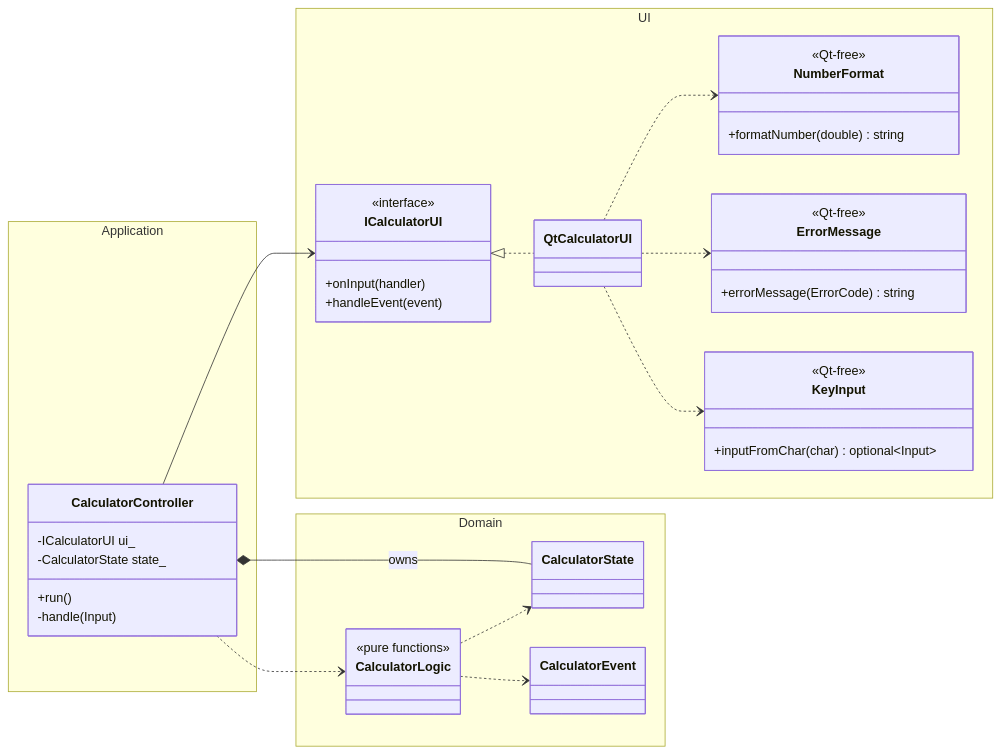
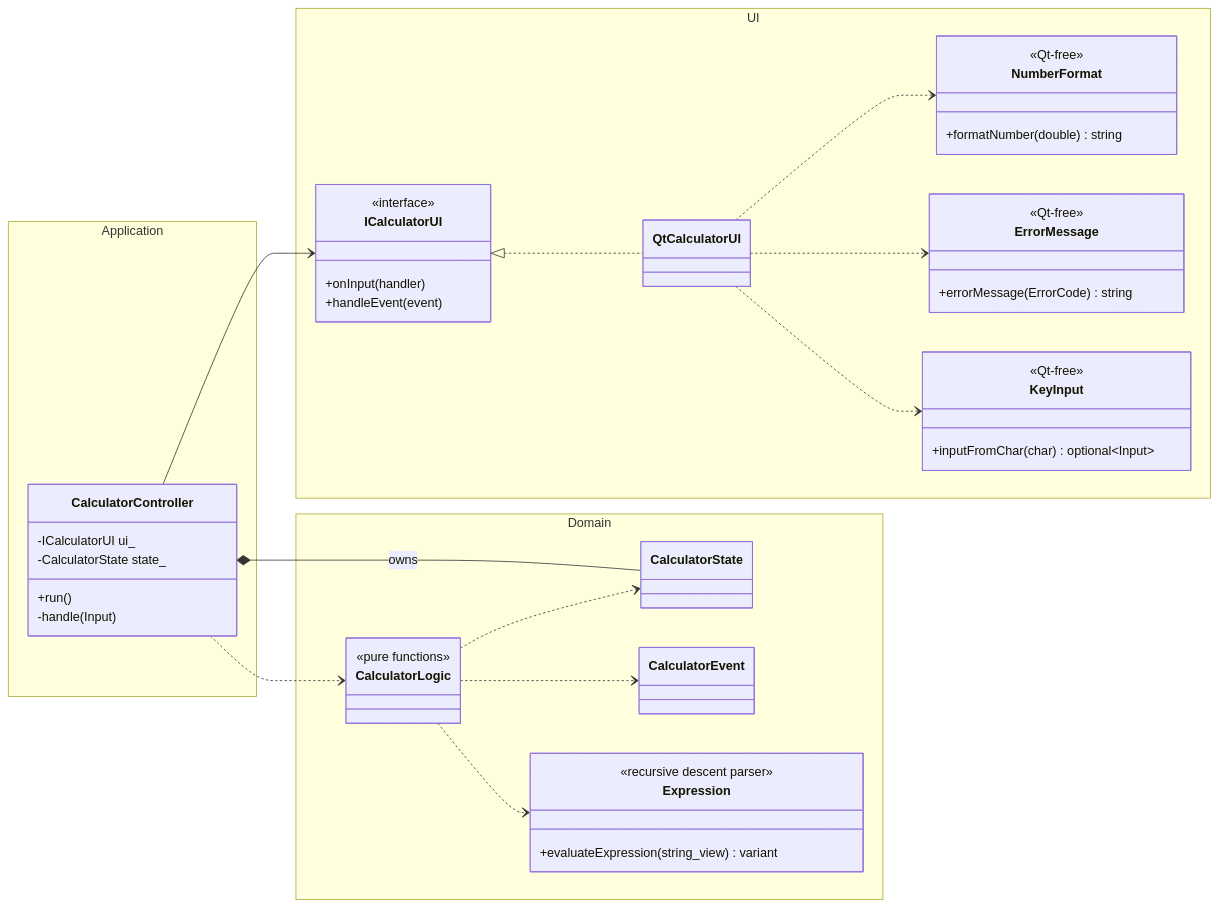
The first of 3 diagrams in README.md (KoichiKurita/CPPlang-Calculator), drawn with Mermaid before and after one commit. The commit also changed other lines of this file and 27 other files, not shown here.

````diff
--- a/README.md
+++ b/README.md
@@ -63,48 +98,53 @@
 ```mermaid
 classDiagram
     direction LR
     namespace UI {
         class ICalculatorUI {
             <<interface>>
             +onInput(handler)
             +handleEvent(event)
         }
         class QtCalculatorUI
         class NumberFormat {
             <<Qt-free>>
             +formatNumber(double) string
         }
         class ErrorMessage {
             <<Qt-free>>
             +errorMessage(ErrorCode) string
         }
         class KeyInput {
             <<Qt-free>>
             +inputFromChar(char) optional~Input~
         }
     }
     namespace Application {
         class CalculatorController {
             -ICalculatorUI ui_
             -CalculatorState state_
             +run()
             -handle(Input)
         }
     }
     namespace Domain {
         class CalculatorLogic {
             <<pure functions>>
         }
         class CalculatorState
         class CalculatorEvent
+        class Expression {
+            <<recursive descent parser>>
+            +evaluateExpression(string_view) variant
+        }
     }
     ICalculatorUI <|.. QtCalculatorUI
     QtCalculatorUI ..> NumberFormat
     QtCalculatorUI ..> ErrorMessage
     QtCalculatorUI ..> KeyInput
     CalculatorController --> ICalculatorUI
     CalculatorController *-- CalculatorState : owns
     CalculatorController ..> CalculatorLogic
     CalculatorLogic ..> CalculatorState
     CalculatorLogic ..> CalculatorEvent
+    CalculatorLogic ..> Expression
 ```
````
